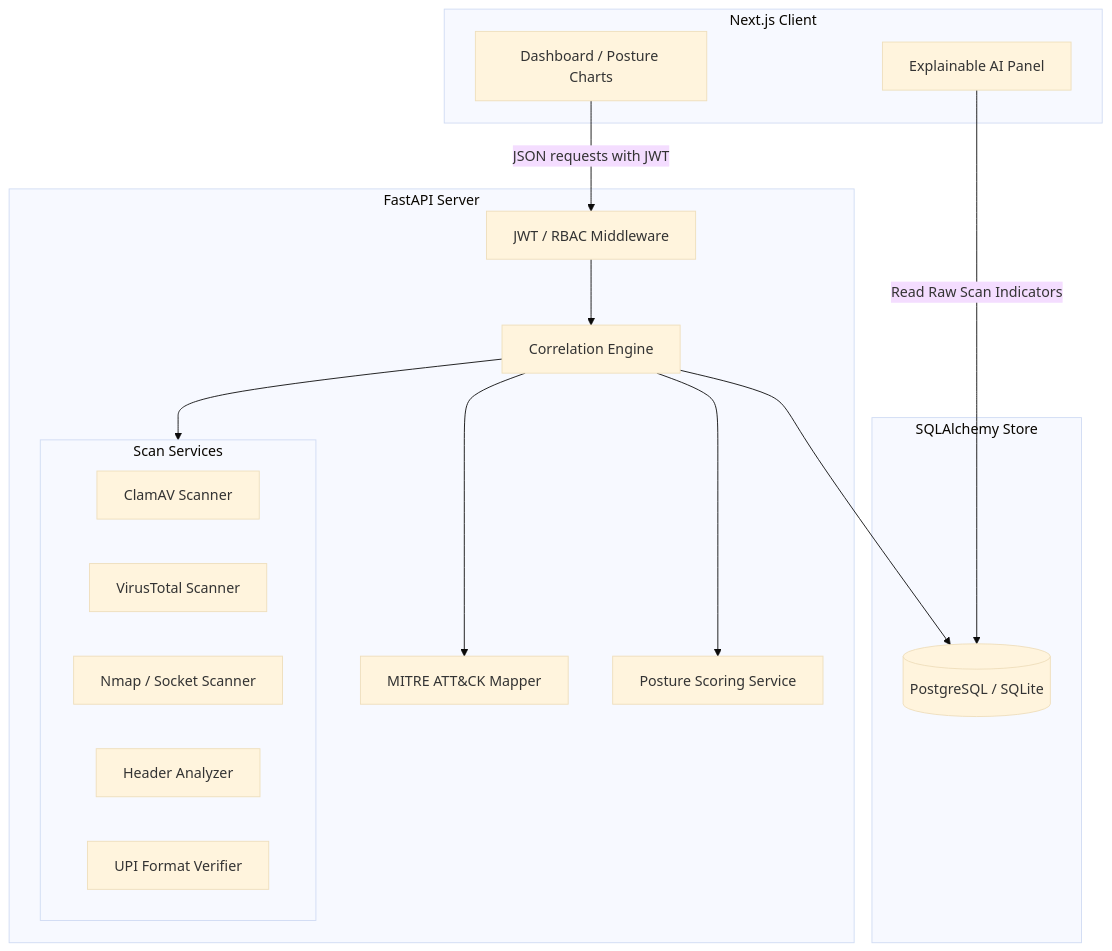
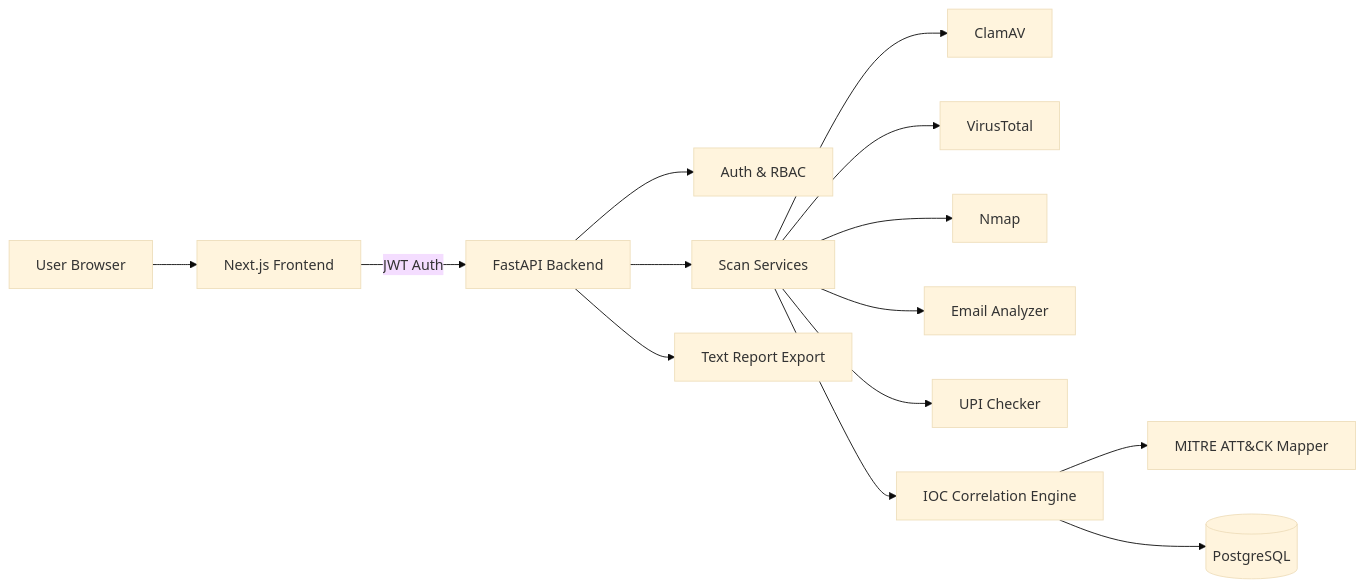
One commit to nayefsiddique-eng/Vanguard-SME-Security-Suite changed the diagram in README.md. Above: the diagram before and after it, drawn with Mermaid (base theme). The commit also changed other lines of this file, not shown here.

Commit message:
Add polished, honest README with architecture diagram and roadmap

````diff
--- a/README.md
+++ b/README.md
@@ -55,34 +59,16 @@
 ```mermaid
-flowchart TD
-    subgraph Frontend [Next.js Client]
-        UI[Dashboard / Posture Charts]
-        ExPanel[Explainable AI Panel]
-    end
-
-    subgraph Backend [FastAPI Server]
-        Auth[JWT / RBAC Middleware]
-        CoreEng[Correlation Engine]
-        Mitre[MITRE ATT&CK Mapper]
-        Scoring[Posture Scoring Service]
-        
-        subgraph Scanners [Scan Services]
-            FileS[ClamAV Scanner]
-            UrlS[VirusTotal Scanner]
-            NetS[Nmap / Socket Scanner]
-            EmailS[Header Analyzer]
-            UpiS[UPI Format Verifier]
-        end
-    end
-
-    subgraph Database [SQLAlchemy Store]
-        DB[(PostgreSQL / SQLite)]
-    end
-
-    UI -->|JSON requests with JWT| Auth
-    Auth --> CoreEng
-    CoreEng --> Scanners
-    CoreEng --> Mitre
-    CoreEng --> Scoring
-    CoreEng --> DB
-    ExPanel -->|Read Raw Scan Indicators| DB
+flowchart LR
+    User[User Browser] --> FE[Next.js Frontend]
+    FE -->|JWT Auth| API[FastAPI Backend]
+    API --> Auth[Auth & RBAC]
+    API --> Scan[Scan Services]
+    Scan --> ClamAV[ClamAV]
+    Scan --> VT[VirusTotal]
+    Scan --> Nmap[Nmap]
+    Scan --> Email[Email Analyzer]
+    Scan --> UPI[UPI Checker]
+    Scan --> Correlation[IOC Correlation Engine]
+    Correlation --> MITRE[MITRE ATT&CK Mapper]
+    Correlation --> DB[(PostgreSQL)]
+    API --> Reports[Text Report Export]
 ```
````
